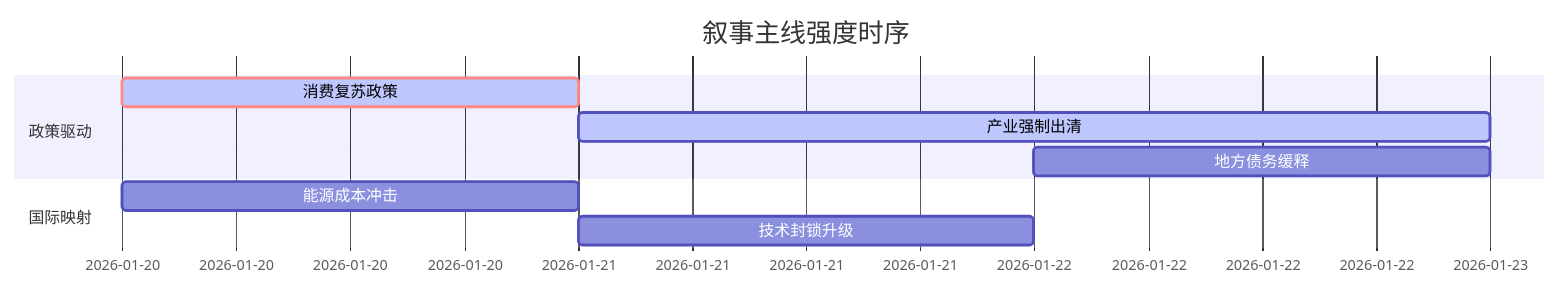
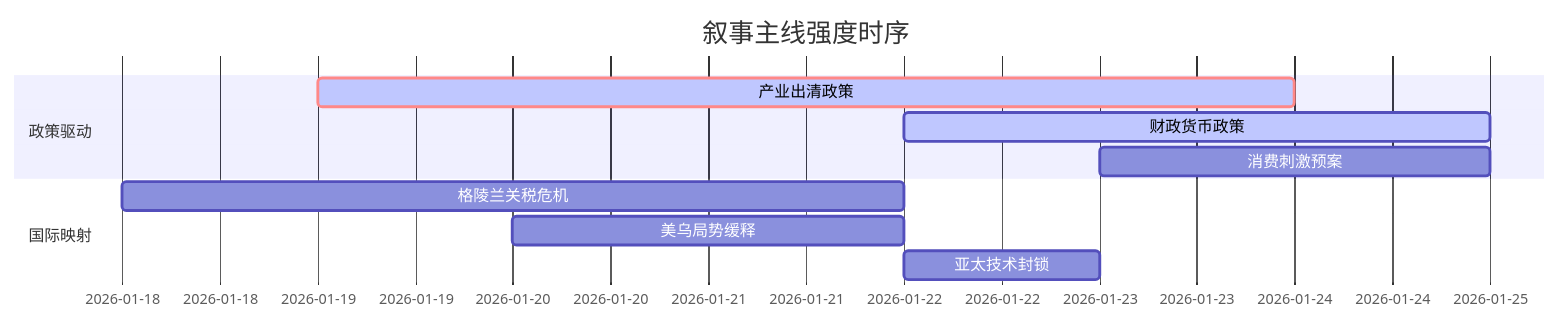
The diagram in 5day_report.md (uu5zn/uu5zn.github.io), drawn with Mermaid before and after one commit. The commit also changed other lines of this file and 19 other files, not shown here.

````diff
--- a/5day_report.md
+++ b/5day_report.md
@@ -54,13 +56,14 @@
 ```mermaid
 gantt
     title 叙事主线强度时序
     dateFormat  YYYY-MM-DD
     section 政策驱动
-    消费复苏政策   :crit, active, 2026-01-20, 1d
-    产业强制出清   :active, 2026-01-21, 2d
-    地方债务缓释   :2026-01-22, 1d
+    产业出清政策   :crit, active, 2026-01-19, 5d
+    财政货币政策   :active, 2026-01-22, 3d
+    消费刺激预案   :2026-01-23, 2d
     
     section 国际映射
-    能源成本冲击   :2026-01-20, 1d
-    技术封锁升级   :2026-01-21, 1d
+    格陵兰关税危机   :2026-01-18, 4d
+    美乌局势缓释     :2026-01-20, 2d
+    亚太技术封锁     :2026-01-22, 1d
 ```
````
